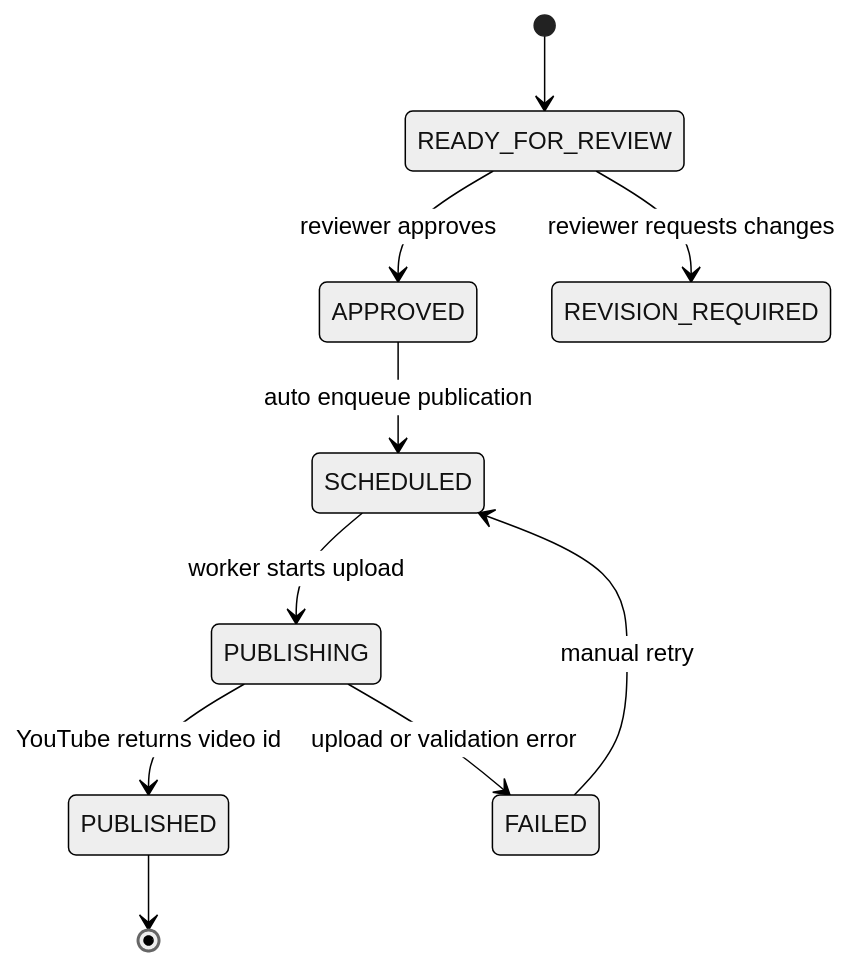
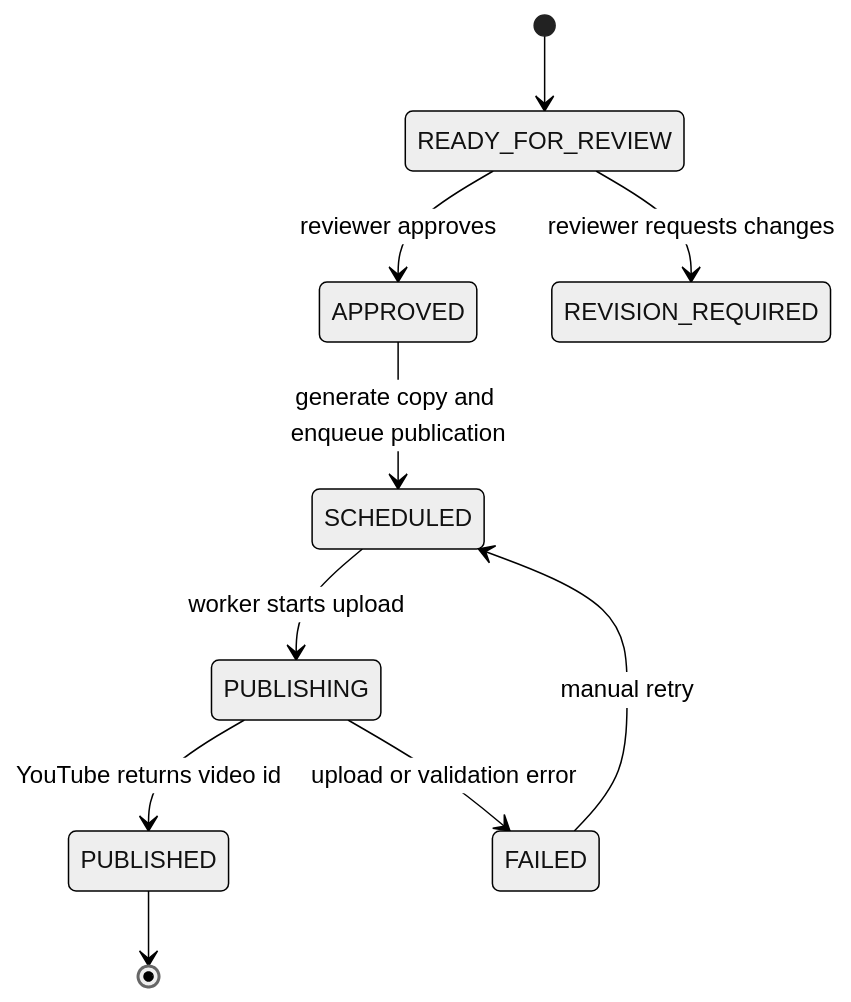
One commit to 0925lyz/Video-creation-automation changed the second of 2 diagrams in 自动发布/YouTube自动发布/流程图.md. Above: the diagram before and after it, drawn with Mermaid (neutral theme). The commit also changed other lines of this file and 10 other files, not shown here.

````diff
--- a/自动发布/YouTube自动发布/流程图.md
+++ b/自动发布/YouTube自动发布/流程图.md
@@ -30,12 +34,12 @@
 ```mermaid
 stateDiagram-v2
   [*] --> READY_FOR_REVIEW
   READY_FOR_REVIEW --> APPROVED: reviewer approves
   READY_FOR_REVIEW --> REVISION_REQUIRED: reviewer requests changes
-  APPROVED --> SCHEDULED: auto enqueue publication
+  APPROVED --> SCHEDULED: generate copy and enqueue publication
   SCHEDULED --> PUBLISHING: worker starts upload
   PUBLISHING --> PUBLISHED: YouTube returns video id
   PUBLISHING --> FAILED: upload or validation error
   FAILED --> SCHEDULED: manual retry
   PUBLISHED --> [*]
 ```
````
